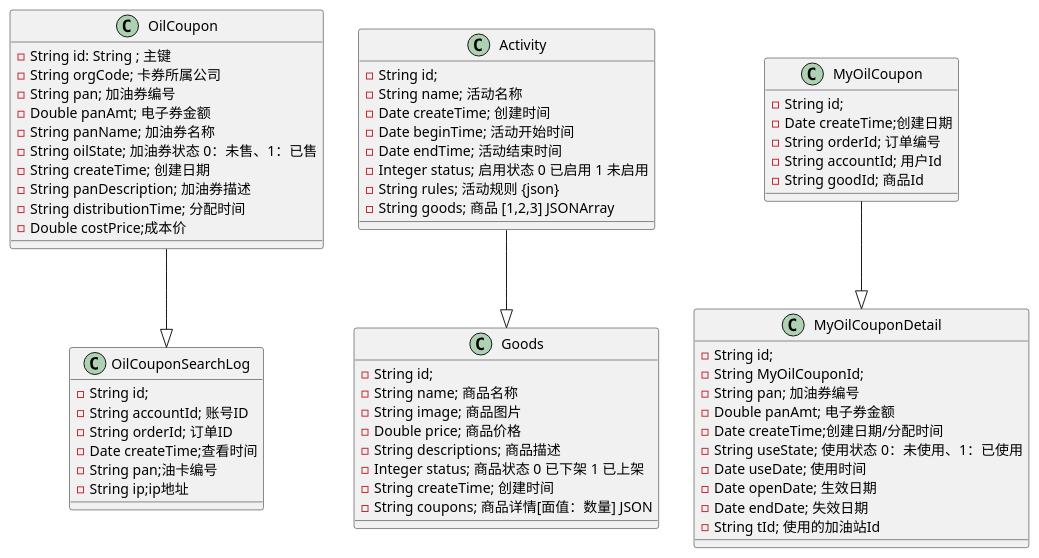
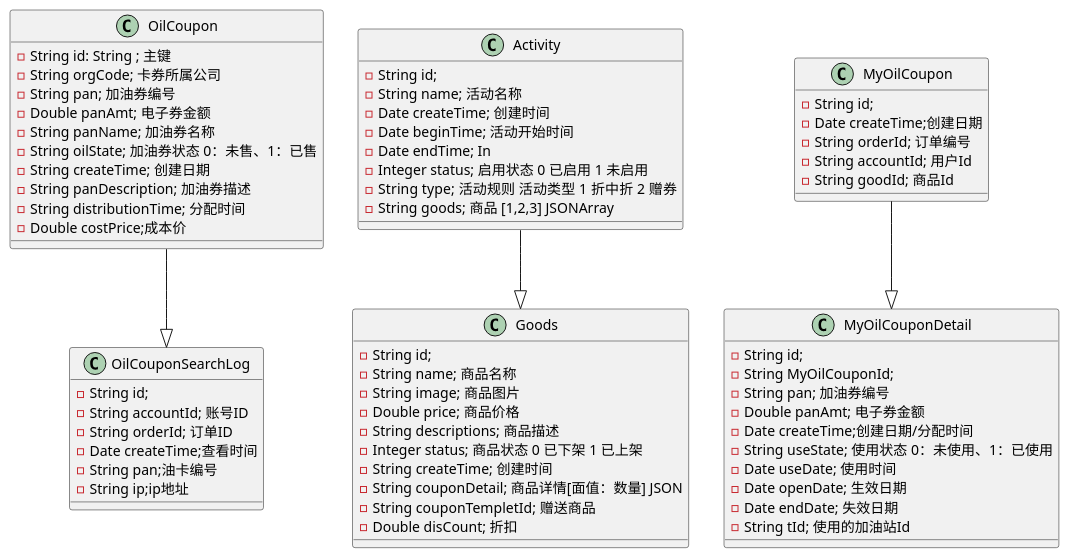
Before and after one commit to zhongliudizhu/api-platform: the diagram in doc/shop.puml, drawn with PlantUML. The commit also changed 1 other file, not shown here.

```diff
--- a/doc/shop.puml
+++ b/doc/shop.puml
@@ -1,68 +1,70 @@
 @startuml
 
 class OilCoupon{
    - String id: String ; 主键
    - String orgCode; 卡券所属公司
    - String pan; 加油券编号
    - Double panAmt; 电子券金额
    - String panName; 加油券名称
    - String oilState; 加油券状态 0：未售、1：已售
    - String createTime; 创建日期
    - String panDescription; 加油券描述
    - String distributionTime; 分配时间
    - Double costPrice;成本价
 }
 
 class OilCouponSearchLog {
    - String id;
    - String accountId; 账号ID
    - String orderId; 订单ID
    - Date createTime;查看时间
    - String pan;油卡编号
    - String ip;ip地址
 }
 class Goods {
    - String id;
    - String name; 商品名称
    - String image; 商品图片
    - Double price; 商品价格
    - String descriptions; 商品描述
    - Integer status; 商品状态 0 已下架 1 已上架
    - String createTime; 创建时间
-   - String coupons; 商品详情[面值：数量] JSON
+   - String couponDetail; 商品详情[面值：数量] JSON
+   - String couponTempletId; 赠送商品
+   - Double disCount; 折扣
 }
 class Activity {
    - String id;
    - String name; 活动名称
    - Date createTime; 创建时间
    - Date beginTime; 活动开始时间
-   - Date endTime; 活动结束时间
+   - Date endTime; In
    - Integer status; 启用状态 0 已启用 1 未启用
-   - String rules; 活动规则 {json}
+   - String type; 活动规则  活动类型 1 折中折 2 赠券
    - String goods; 商品 [1,2,3] JSONArray
 }
 class MyOilCoupon {
    - String id;
    - Date createTime;创建日期
    - String orderId; 订单编号
    - String accountId; 用户Id
    - String goodId; 商品Id
 }
 class MyOilCouponDetail {
    - String id;
    - String MyOilCouponId;
    - String pan; 加油券编号
    - Double panAmt; 电子券金额
    - Date createTime;创建日期/分配时间
    - String useState; 使用状态 0：未使用、1：已使用
    - Date useDate; 使用时间
    - Date openDate; 生效日期
    - Date endDate; 失效日期
    - String tId; 使用的加油站Id
 }
 
 
 Activity  --|>Goods
 OilCoupon --|>OilCouponSearchLog
 MyOilCoupon --|>MyOilCouponDetail
 @enduml
```
